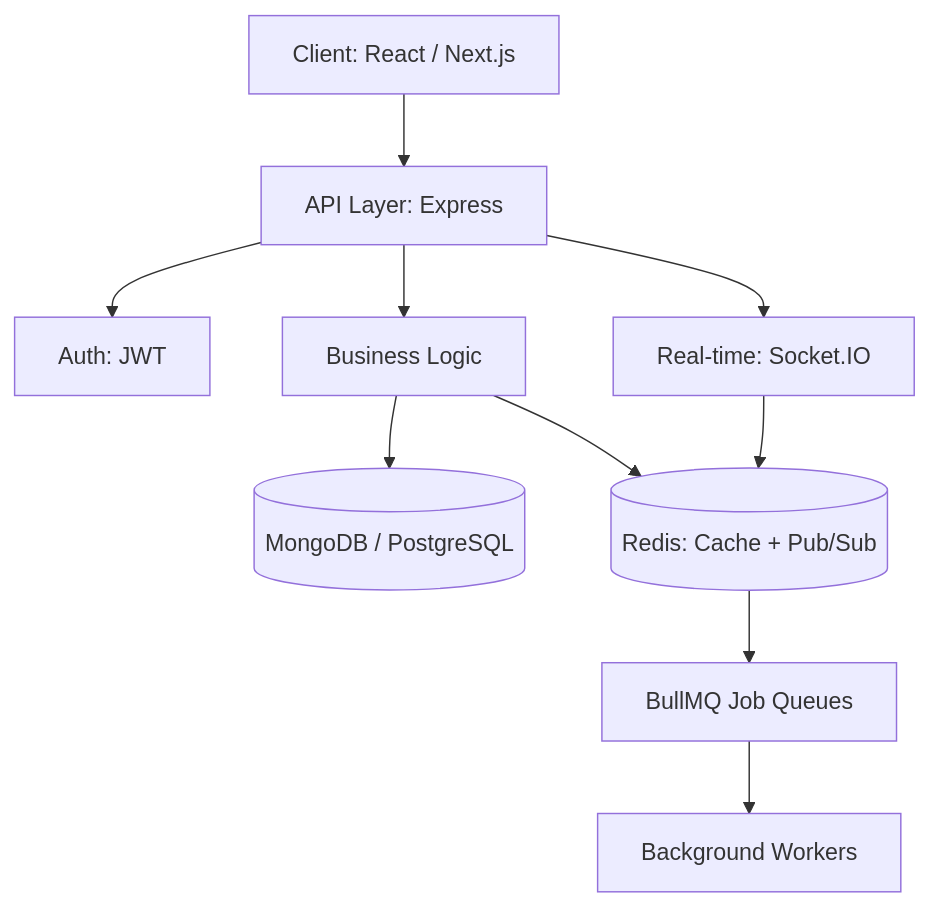
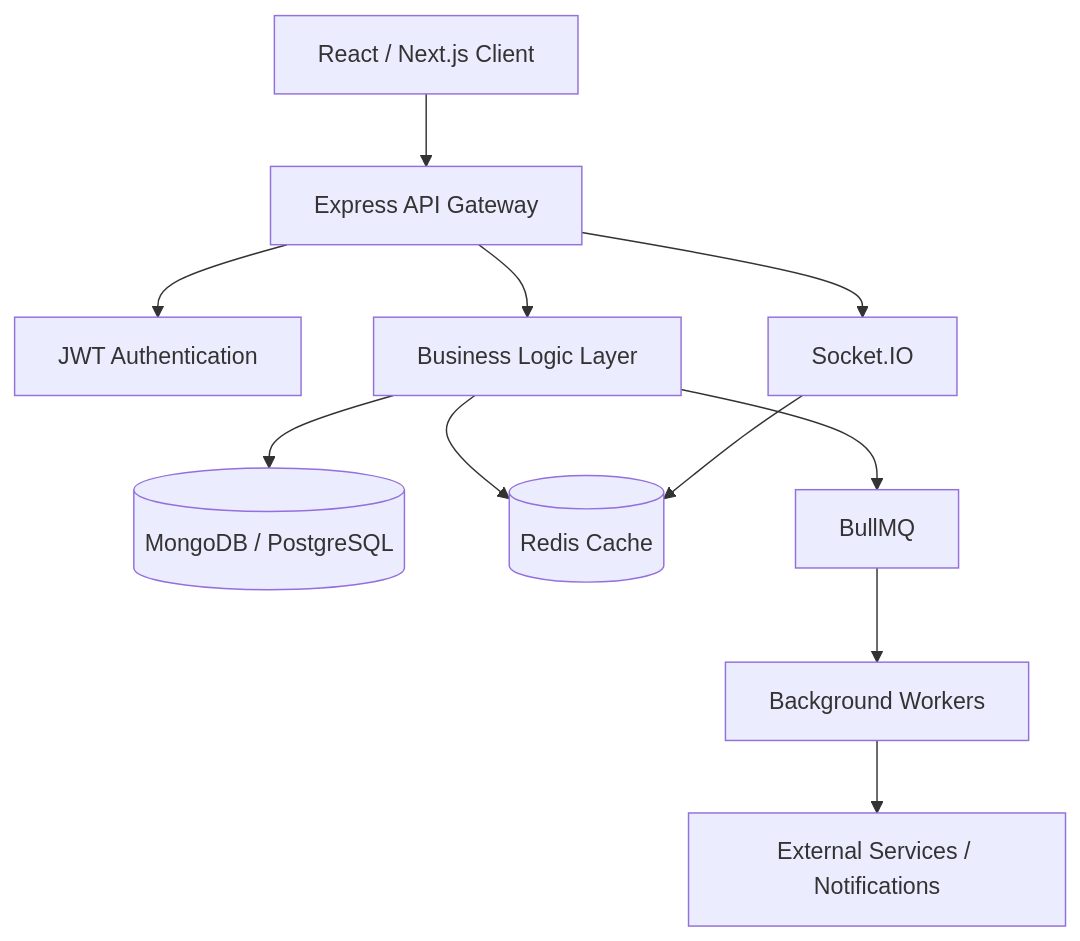
The diagram in README.md (Rakeshchourasia/Rakeshchourasia), drawn with Mermaid before and after one commit. The commit also changed other lines of this file, not shown here.

````diff
--- a/README.md
+++ b/README.md
@@ -112,12 +161,15 @@
 ```mermaid
 flowchart TD
-    A[Client: React / Next.js] --> B[API Layer: Express]
-    B --> C[Auth: JWT]
-    B --> D[Business Logic]
-    B --> E[Real-time: Socket.IO]
+    A[React / Next.js Client] --> B[Express API Gateway]
+    B --> C[JWT Authentication]
+    B --> D[Business Logic Layer]
+    B --> E[Socket.IO]
+
     D --> F[(MongoDB / PostgreSQL)]
-    D --> G[(Redis: Cache + Pub/Sub)]
+    D --> G[(Redis Cache)]
+
     E --> G
-    G --> H[BullMQ Job Queues]
+    D --> H[BullMQ]
     H --> I[Background Workers]
+    I --> J[External Services / Notifications]
 ```
````
